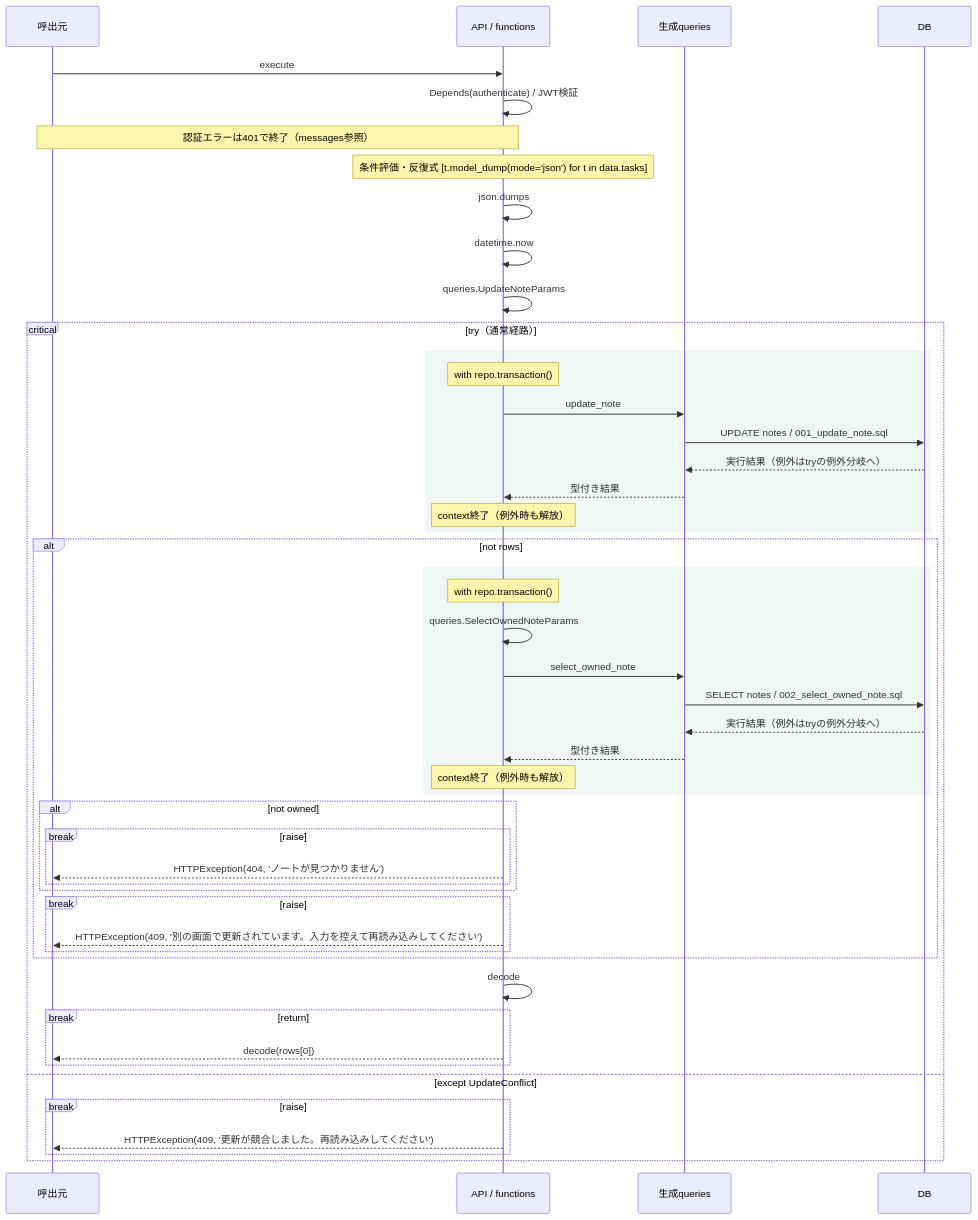
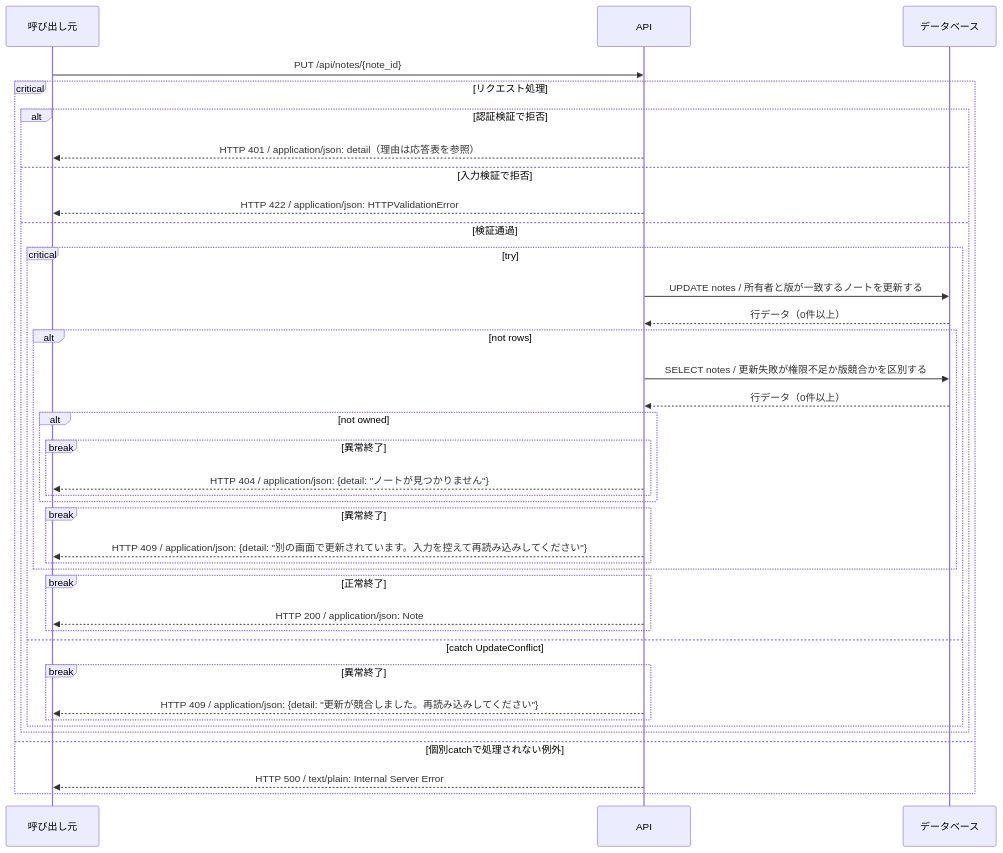
One commit to tsuji-tomonori/CornellNoteWebv2 changed the diagram in docs/generated/apis/update_note/sequence.gen.md. Above: the diagram before and after it, drawn with Mermaid. The commit also changed other lines of this file and 30 other files, not shown here.

First line of the commit message:
📝 docs(sequence): API・DB・呼出元の分岐とHTTP応答を明確にする

````diff
--- a/docs/generated/apis/update_note/sequence.gen.md
+++ b/docs/generated/apis/update_note/sequence.gen.md
@@ -13,51 +23,40 @@
 ```mermaid
 sequenceDiagram
-    participant C as 呼出元
-    participant A as API / functions
-    participant Q as 生成queries
-    participant D as DB
-    C->>A: execute
-    A->>A: Depends(authenticate) / JWT検証
-    Note over C,A: 認証エラーは401で終了（messages参照）
-    Note over A: 条件評価・反復式 [t.model_dump(mode='json') for t in data.tasks]
-    A->>A: json.dumps
-    A->>A: datetime.now
-    A->>A: queries.UpdateNoteParams
-    critical try（通常経路）
-    rect rgb(240, 246, 244)
-    Note over A: with repo.transaction()
-    A->>Q: update_note
-    Q->>D: UPDATE notes / 001_update_note.sql
-    D-->>Q: 実行結果（例外はtryの例外分岐へ）
-    Q-->>A: 型付き結果
-    Note over A: context終了（例外時も解放）
-    end
+    participant C as 呼び出し元
+    participant A as API
+    participant D as データベース
+    C->>A: PUT /api/notes/{note_id}
+    critical リクエスト処理
+    alt 認証検証で拒否
+    A-->>C: HTTP 401 / application/json: detail（理由は応答表を参照）
+    else 入力検証で拒否
+    A-->>C: HTTP 422 / application/json: HTTPValidationError
+    else 検証通過
+    critical try
+    A->>D: UPDATE notes / 所有者と版が一致するノートを更新する
+    D-->>A: 行データ（0件以上）
     alt not rows
-    rect rgb(240, 246, 244)
-    Note over A: with repo.transaction()
-    A->>A: queries.SelectOwnedNoteParams
-    A->>Q: select_owned_note
-    Q->>D: SELECT notes / 002_select_owned_note.sql
-    D-->>Q: 実行結果（例外はtryの例外分岐へ）
-    Q-->>A: 型付き結果
-    Note over A: context終了（例外時も解放）
-    end
+    A->>D: SELECT notes / 更新失敗が権限不足か版競合かを区別する
+    D-->>A: 行データ（0件以上）
     alt not owned
-    break raise
-    A-->>C: HTTPException(404, 'ノートが見つかりません')
+    break 異常終了
+    A-->>C: HTTP 404 / application/json: {detail: #quot;ノートが見つかりません#quot;}
     end
     end
-    break raise
-    A-->>C: HTTPException(409, '別の画面で更新されています。入力を控えて再読み込みしてください')
+    break 異常終了
+    A-->>C: HTTP 409 / application/json: {detail: #quot;別の画面で更新されています。入力を控えて再読み込みしてください#quot;}
     end
     end
-    A->>A: decode
-    break return
-    A-->>C: decode(rows[0])
+    break 正常終了
+    A-->>C: HTTP 200 / application/json: Note
     end
-    option except UpdateConflict
-    break raise
-    A-->>C: HTTPException(409, '更新が競合しました。再読み込みしてください')
+    option catch UpdateConflict
+    break 異常終了
+    A-->>C: HTTP 409 / application/json: {detail: #quot;更新が競合しました。再読み込みしてください#quot;}
     end
     end
+    end
+    option 個別catchで処理されない例外
+    A-->>C: HTTP 500 / text/plain: Internal Server Error
+    end
 ```
````
